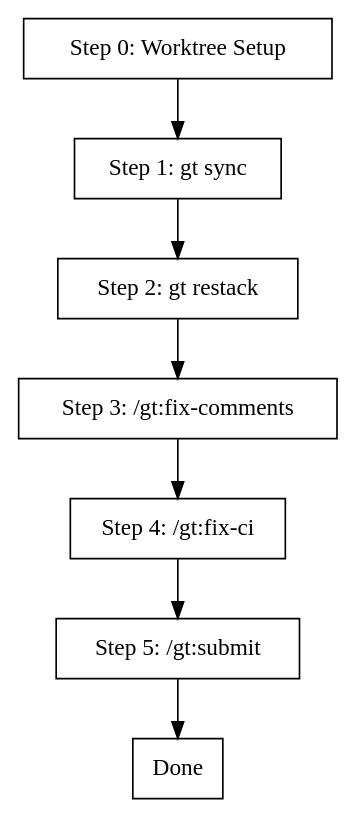
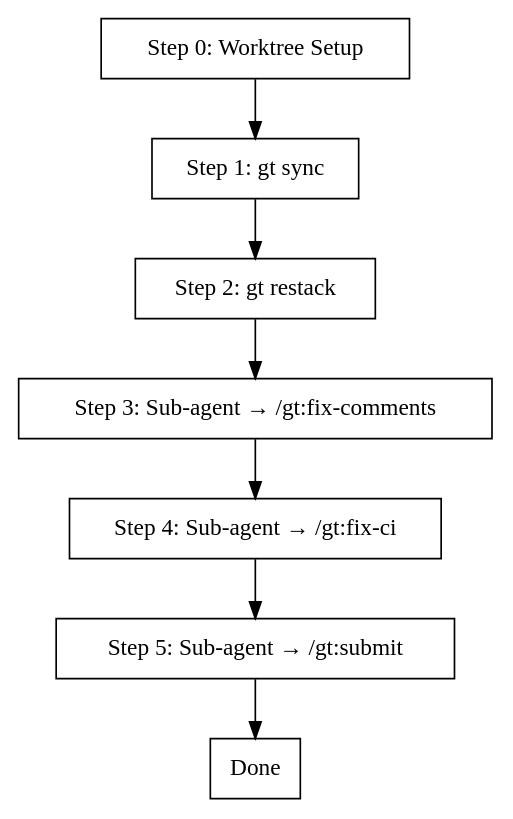
One commit to relh/metta changed the diagram in docs/ai/daveey/skills/gt:fix-branch/SKILL.md. Above: the diagram before and after it, drawn with Graphviz. The commit also changed other lines of this file and 2 other files, not shown here.

First line of the commit message:
chore: update auto-approve ai docs workflow and gt:submit instructions (#5256)

````diff
--- a/docs/ai/daveey/skills/gt:fix-branch/SKILL.md
+++ b/docs/ai/daveey/skills/gt:fix-branch/SKILL.md
@@ -20,16 +34,16 @@
 ```dot
 digraph fix_branch {
   rankdir=TB;
   node [shape=box];
 
   worktree [label="Step 0: Worktree Setup"];
   sync [label="Step 1: gt sync"];
   restack [label="Step 2: gt restack"];
-  fix_comments [label="Step 3: /gt:fix-comments"];
-  fix_ci [label="Step 4: /gt:fix-ci"];
-  push [label="Step 5: /gt:submit"];
+  fix_comments [label="Step 3: Sub-agent → /gt:fix-comments"];
+  fix_ci [label="Step 4: Sub-agent → /gt:fix-ci"];
+  push [label="Step 5: Sub-agent → /gt:submit"];
   done [label="Done"];
 
   worktree -> sync -> restack -> fix_comments -> fix_ci -> push -> done;
 }
 ```
````
